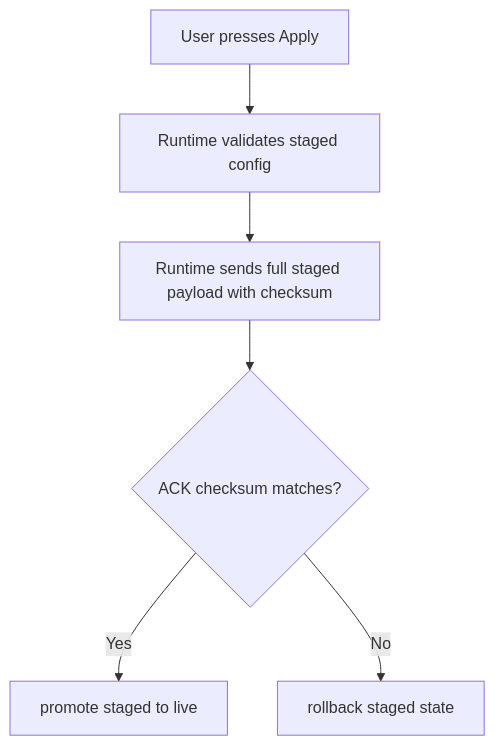
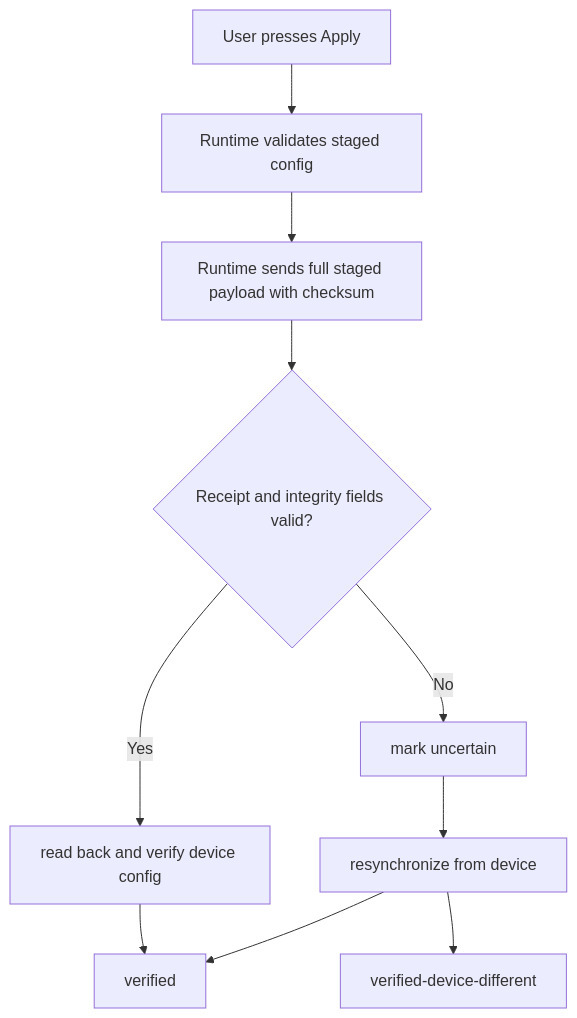
Before and after one commit to bseverns/MOARkNOBS-42: the second of 2 diagrams in docs/guides/Configurator.md, drawn with Mermaid. The commit also changed other lines of this file and 12 other files, not shown here.

````diff
--- a/docs/guides/Configurator.md
+++ b/docs/guides/Configurator.md
@@ -88,8 +88,12 @@
 ```mermaid
 flowchart TD
   A[User presses Apply] --> B[Runtime validates staged config]
   B --> C[Runtime sends full staged payload with checksum]
-  C --> D{ACK checksum matches?}
-  D -- Yes --> E[promote staged to live]
-  D -- No --> F[rollback staged state]
+  C --> D{Receipt and integrity fields valid?}
+  D -- Yes --> E[read back and verify device config]
+  D -- No --> F[mark uncertain]
+  F --> G[resynchronize from device]
+  E --> H[verified]
+  G --> H
+  G --> I[verified-device-different]
 ```
````
